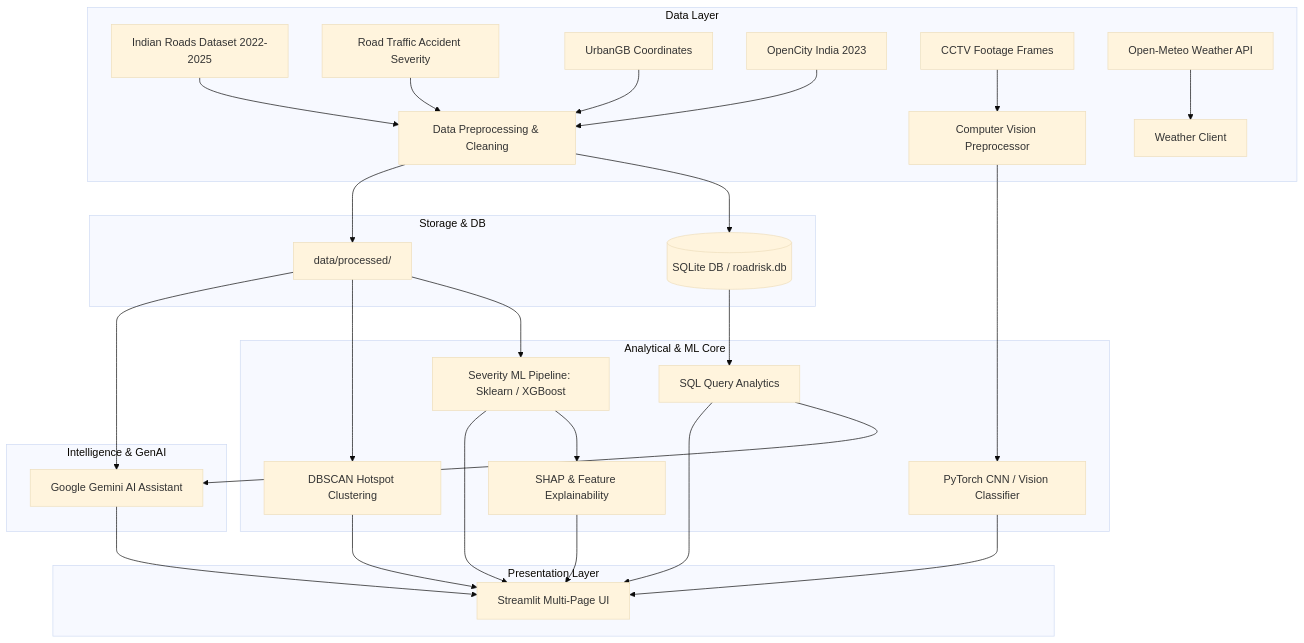
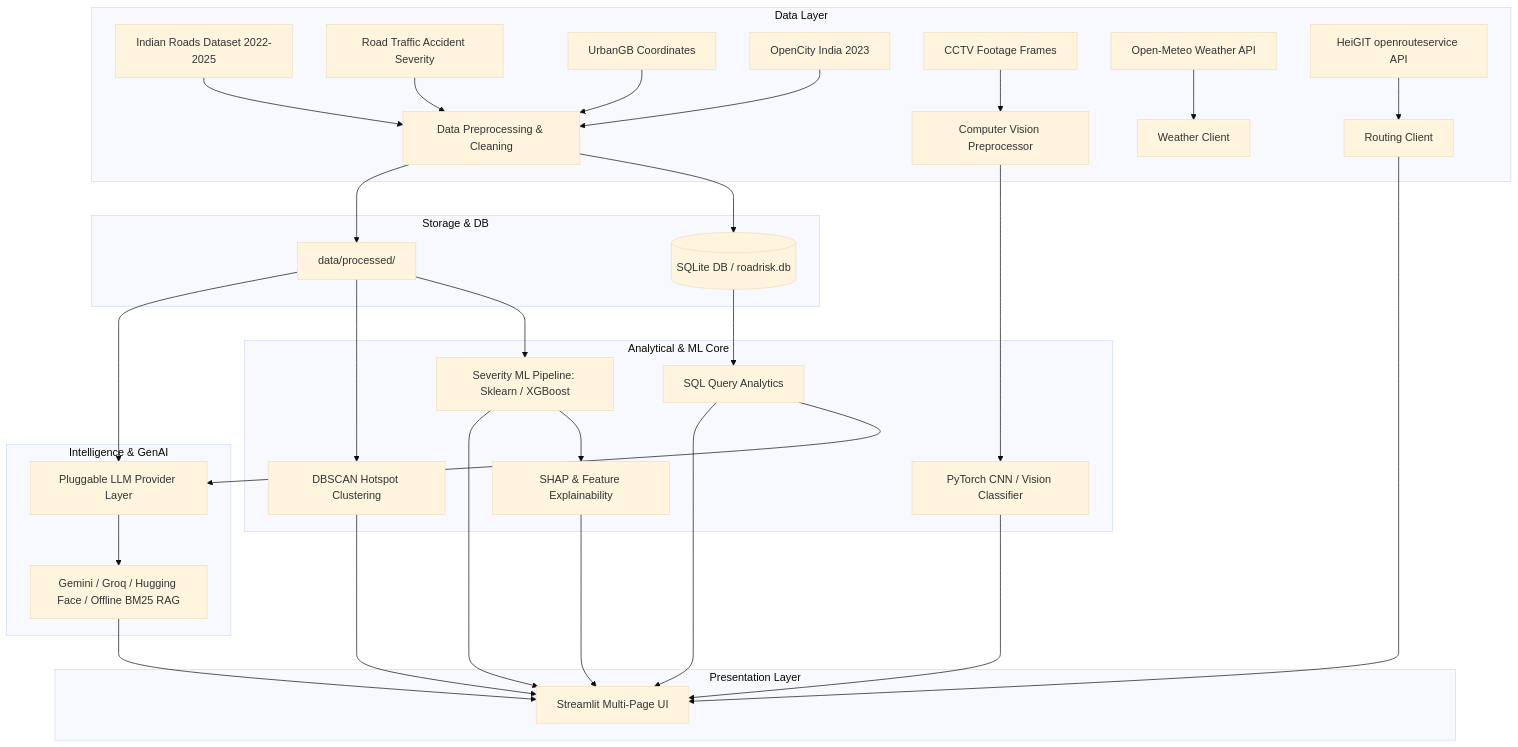
The diagram in README.md (akashupadhayay106-au/RoadRisk-AI), drawn with Mermaid (base theme) before and after one commit. The commit also changed other lines of this file and 13 other files, not shown here.

First line of the commit message:
docs(sync): align docs and CCTV metrics with provider-layer architecture

````diff
--- a/README.md
+++ b/README.md
@@ -28,38 +29,41 @@
 ```mermaid
 graph TD
     subgraph Data Layer
         D1[Indian Roads Dataset 2022-2025] --> DP[Data Preprocessing & Cleaning]
         D2[Road Traffic Accident Severity] --> DP
         D3[UrbanGB Coordinates] --> DP
         D4[OpenCity India 2023] --> DP
         D5[CCTV Footage Frames] --> CV[Computer Vision Preprocessor]
         API_W[Open-Meteo Weather API] --> WC[Weather Client]
+        API_R[HeiGIT openrouteservice API] --> RC[Routing Client]
     end
 
     subgraph Storage & DB
         DP --> SQL[(SQLite DB / roadrisk.db)]
         DP --> PROC[data/processed/]
     end
 
     subgraph Analytical & ML Core
         SQL --> QA[SQL Query Analytics]
         PROC --> ML[Severity ML Pipeline: Sklearn / XGBoost]
         PROC --> GEO[DBSCAN Hotspot Clustering]
         CV --> CNN[PyTorch CNN / Vision Classifier]
         ML --> SHAP_MOD[SHAP & Feature Explainability]
     end
 
     subgraph Intelligence & GenAI
-        QA --> GEMINI[Google Gemini AI Assistant]
-        PROC --> GEMINI
+        QA --> PROV[Pluggable LLM Provider Layer]
+        PROC --> PROV
+        PROV --> GEMINI[Gemini / Groq / Hugging Face / Offline BM25 RAG]
     end
 
     subgraph Presentation Layer
         QA --> ST[Streamlit Multi-Page UI]
         ML --> ST
         GEO --> ST
         CNN --> ST
         SHAP_MOD --> ST
         GEMINI --> ST
+        RC --> ST
     end
 ```
````
